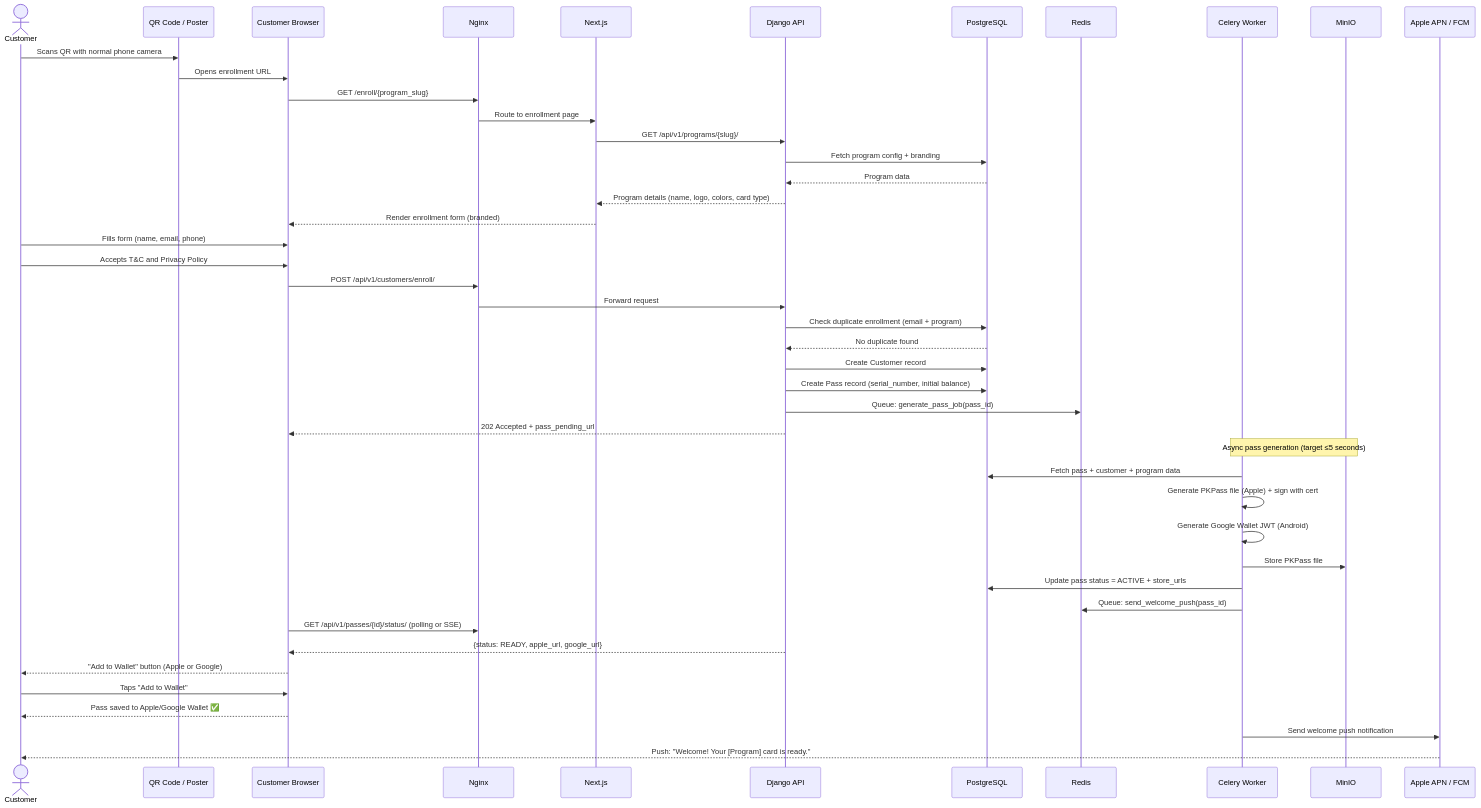
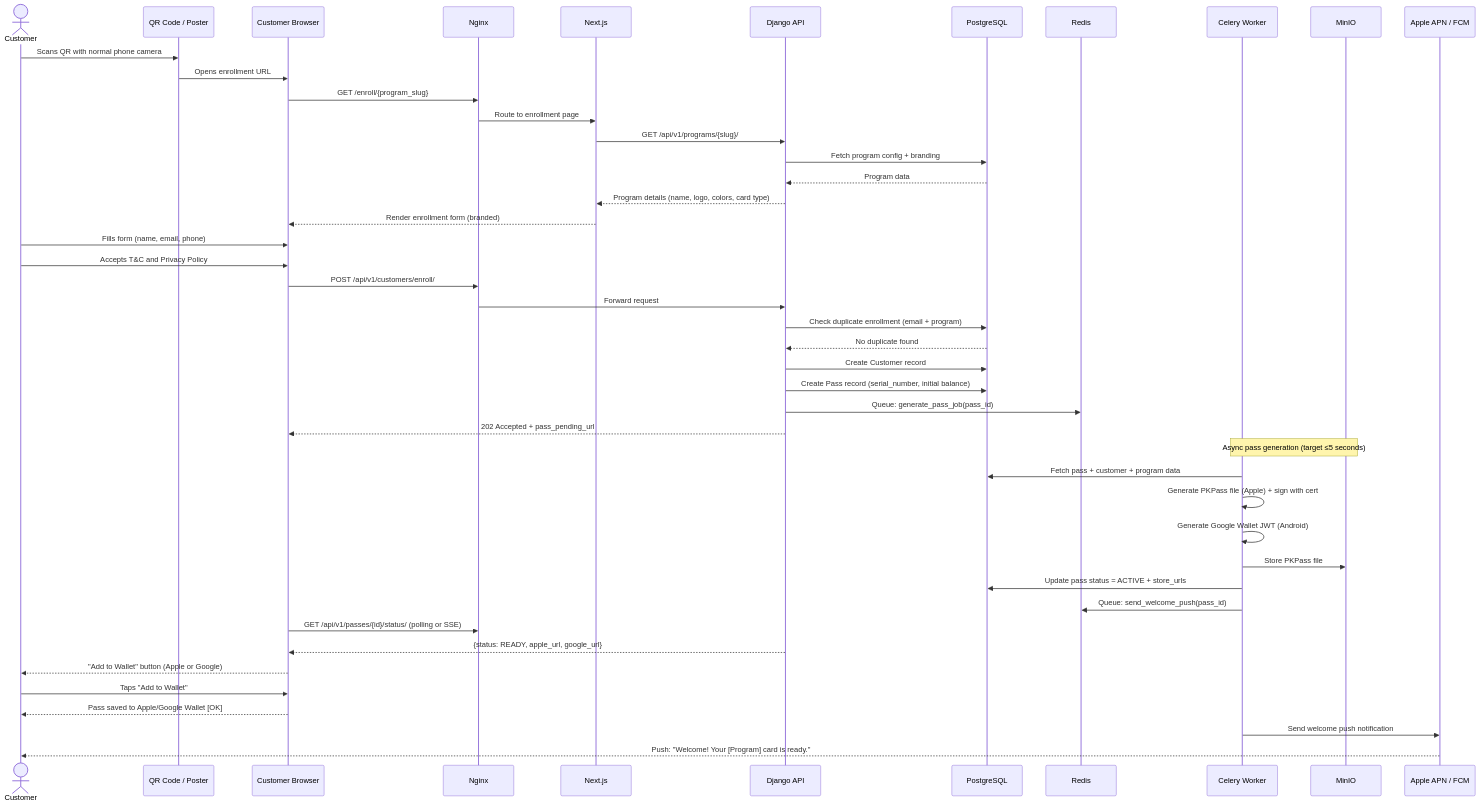
One commit to somatechlat/loyallia changed the third of 12 diagrams in docs/ARCHITECTURE.md. Above: the diagram before and after it, drawn with Mermaid. The commit also changed other lines of this file and 212 other files, not shown here.

````diff
--- a/docs/ARCHITECTURE.md
+++ b/docs/ARCHITECTURE.md
@@ -146,55 +138,55 @@
 ```mermaid
 sequenceDiagram
     actor Customer
     participant QR as QR Code / Poster
     participant Browser as Customer Browser
     participant NX as Nginx
     participant WEB as Next.js
     participant API as Django API
     participant DB as PostgreSQL
     participant RD as Redis
     participant CEL as Celery Worker
     participant MIO as MinIO
     participant APN as Apple APN / FCM
 
     Customer->>QR: Scans QR with normal phone camera
     QR->>Browser: Opens enrollment URL
     Browser->>NX: GET /enroll/{program_slug}
     NX->>WEB: Route to enrollment page
     WEB->>API: GET /api/v1/programs/{slug}/
     API->>DB: Fetch program config + branding
     DB-->>API: Program data
     API-->>WEB: Program details (name, logo, colors, card type)
     WEB-->>Browser: Render enrollment form (branded)
 
     Customer->>Browser: Fills form (name, email, phone)
     Customer->>Browser: Accepts T&C and Privacy Policy
     Browser->>NX: POST /api/v1/customers/enroll/
     NX->>API: Forward request
 
     API->>DB: Check duplicate enrollment (email + program)
     DB-->>API: No duplicate found
 
     API->>DB: Create Customer record
     API->>DB: Create Pass record (serial_number, initial balance)
     API->>RD: Queue: generate_pass_job(pass_id)
     API-->>Browser: 202 Accepted + pass_pending_url
 
     Note over CEL,MIO: Async pass generation (target ≤5 seconds)
     CEL->>DB: Fetch pass + customer + program data
     CEL->>CEL: Generate PKPass file (Apple) + sign with cert
     CEL->>CEL: Generate Google Wallet JWT (Android)
     CEL->>MIO: Store PKPass file
     CEL->>DB: Update pass status = ACTIVE + store_urls
     CEL->>RD: Queue: send_welcome_push(pass_id)
 
     Browser->>NX: GET /api/v1/passes/{id}/status/ (polling or SSE)
     API-->>Browser: {status: READY, apple_url, google_url}
 
     Browser-->>Customer: "Add to Wallet" button (Apple or Google)
     Customer->>Browser: Taps "Add to Wallet"
-    Browser-->>Customer: Pass saved to Apple/Google Wallet ✅
+    Browser-->>Customer: Pass saved to Apple/Google Wallet [OK]
 
     CEL->>APN: Send welcome push notification
     APN-->>Customer: Push: "Welcome! Your [Program] card is ready."
 ```
````
